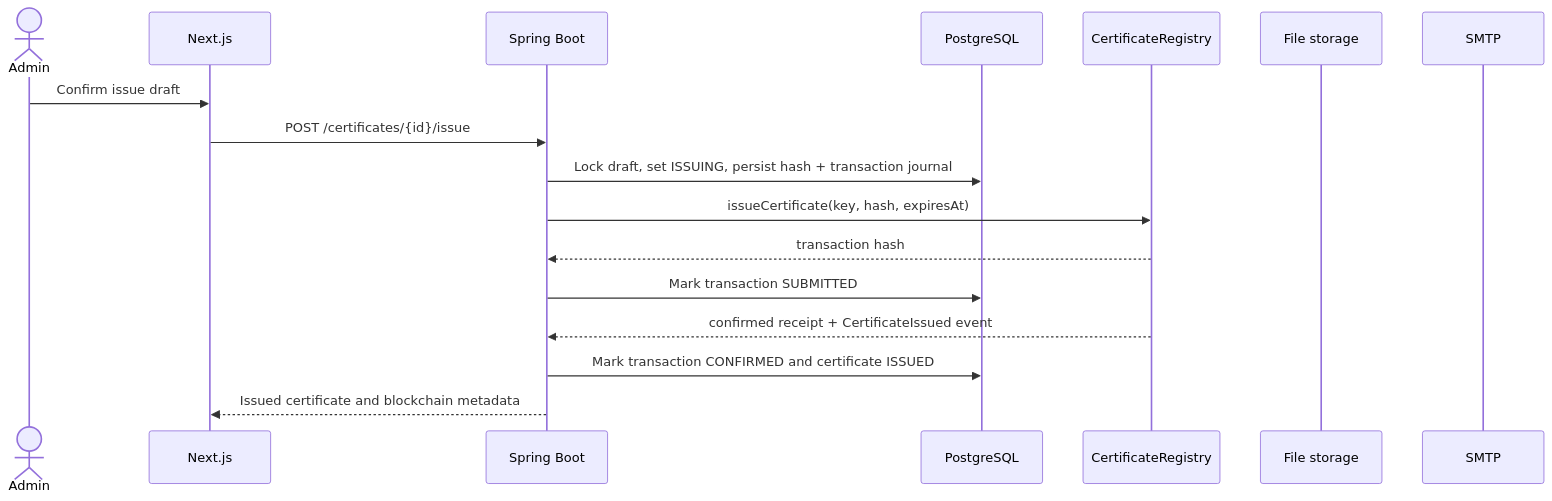
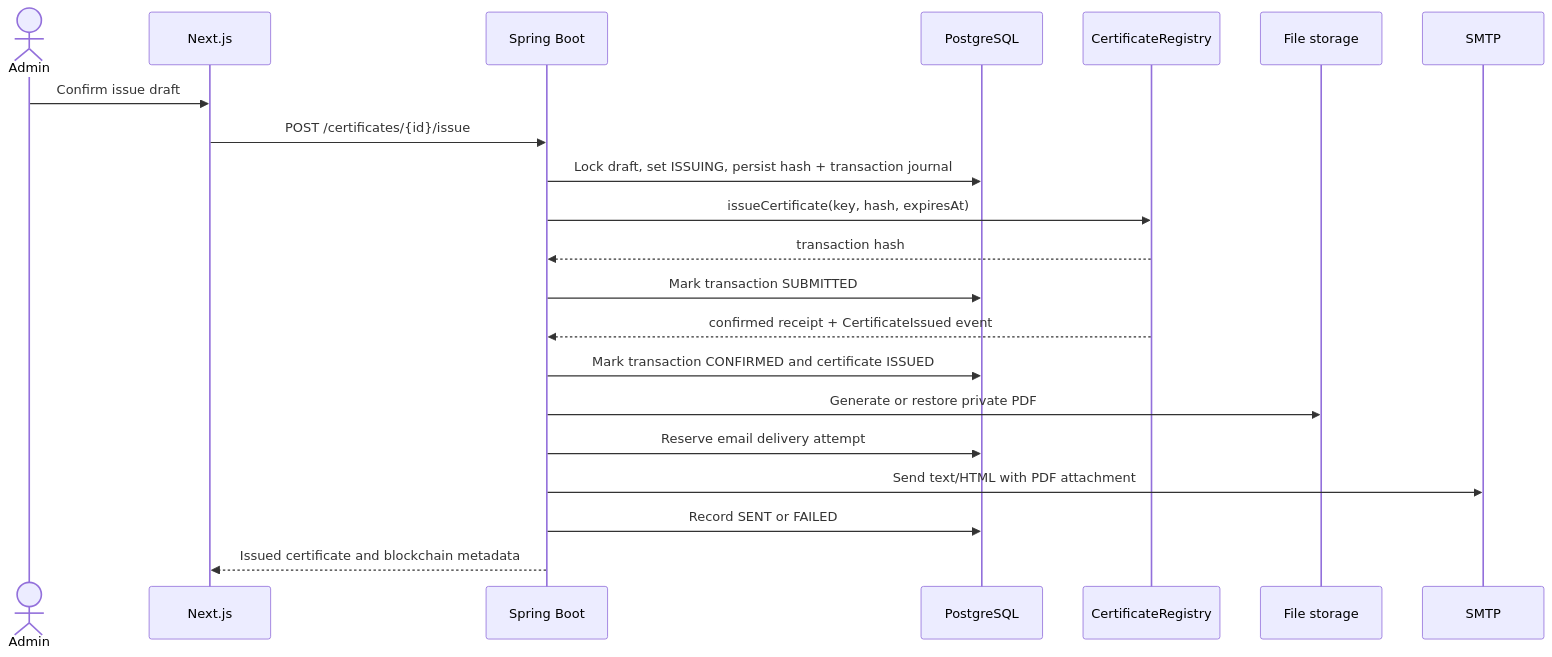
The first of 3 diagrams in docs/flows/certificate-flows.md (Seypa-47/CertChain), drawn with Mermaid before and after one commit. The commit also changed other lines of this file and 24 other files, not shown here.

Commit message:
feat: send issued certificates by email

````diff
--- a/docs/flows/certificate-flows.md
+++ b/docs/flows/certificate-flows.md
@@ -5,20 +5,24 @@
 ```mermaid
 sequenceDiagram
     actor Admin
     participant UI as Next.js
     participant API as Spring Boot
     participant DB as PostgreSQL
     participant Chain as CertificateRegistry
     participant Store as File storage
     participant Mail as SMTP
 
     Admin->>UI: Confirm issue draft
     UI->>API: POST /certificates/{id}/issue
     API->>DB: Lock draft, set ISSUING, persist hash + transaction journal
     API->>Chain: issueCertificate(key, hash, expiresAt)
     Chain-->>API: transaction hash
     API->>DB: Mark transaction SUBMITTED
     Chain-->>API: confirmed receipt + CertificateIssued event
     API->>DB: Mark transaction CONFIRMED and certificate ISSUED
+    API->>Store: Generate or restore private PDF
+    API->>DB: Reserve email delivery attempt
+    API->>Mail: Send text/HTML with PDF attachment
+    API->>DB: Record SENT or FAILED
     API-->>UI: Issued certificate and blockchain metadata
 ```
````
